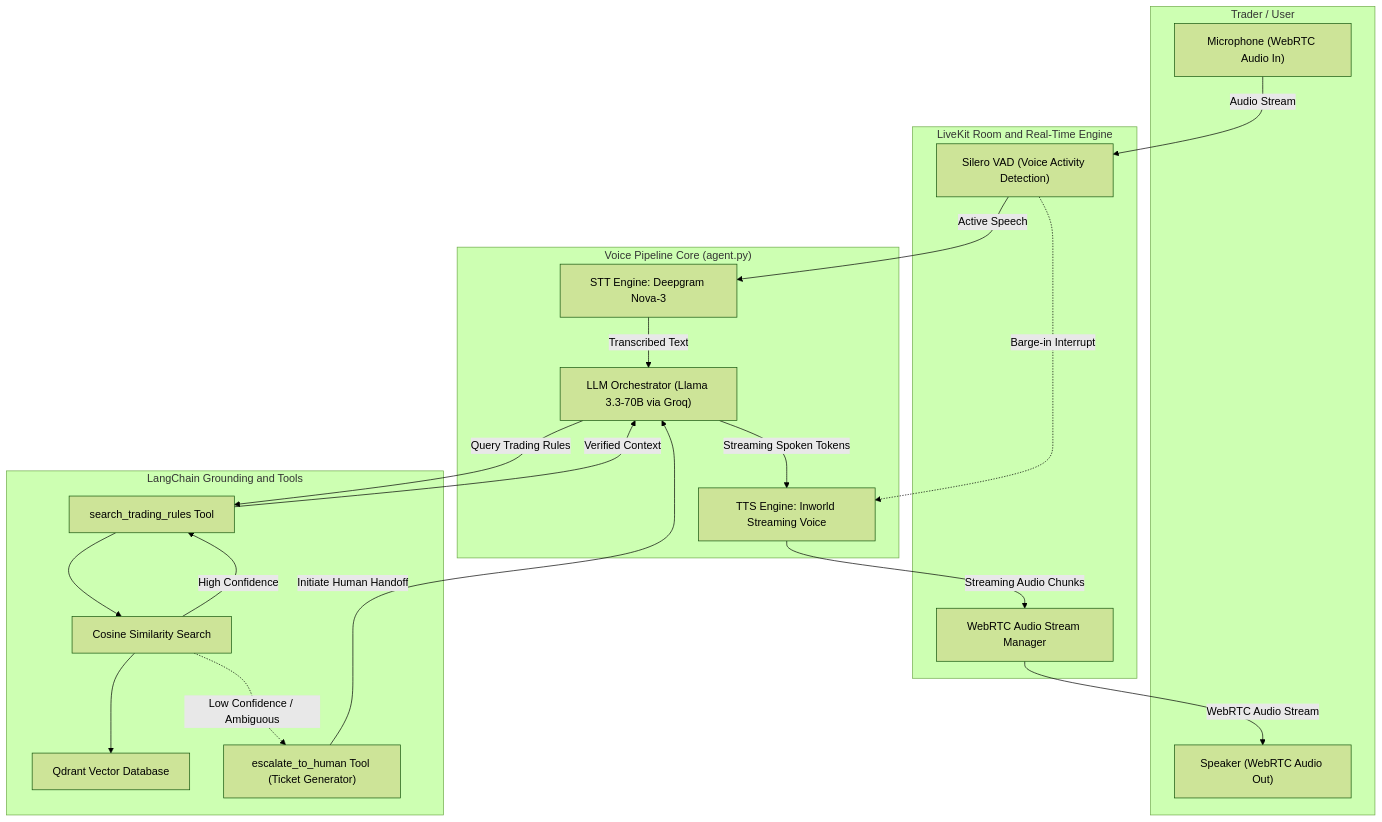
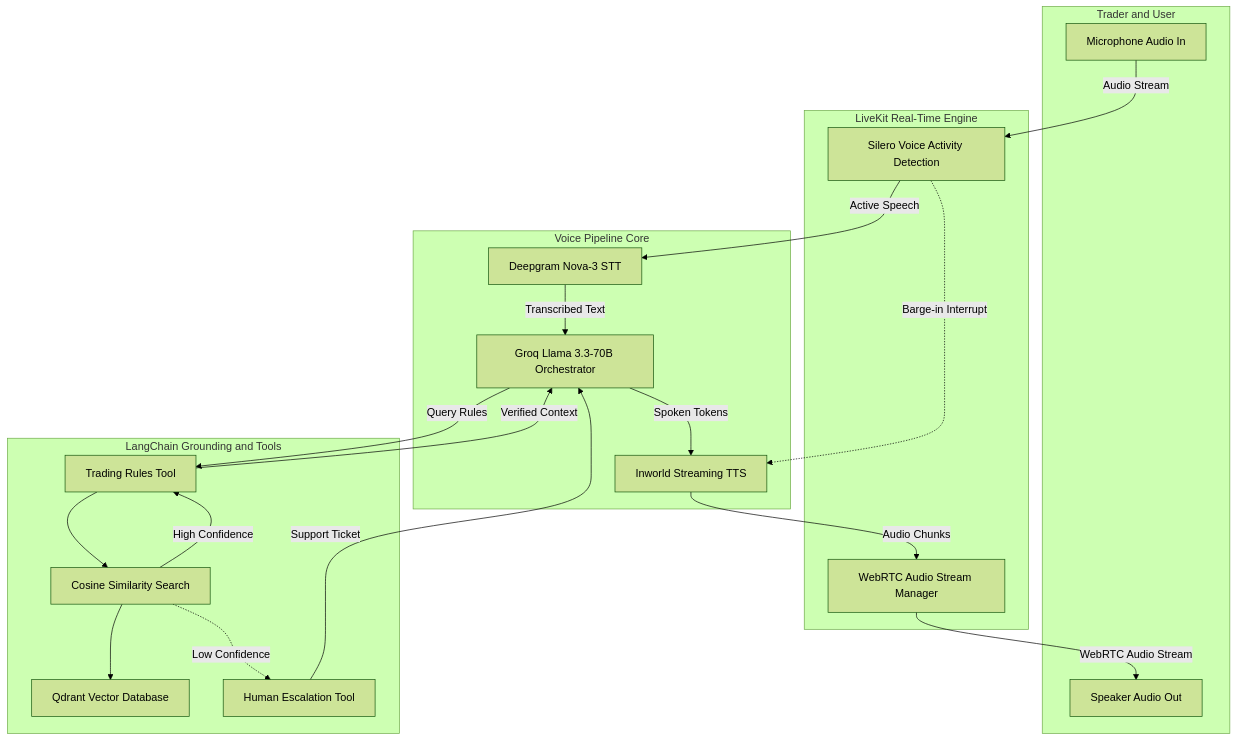
The diagram in README.md (farazahmad-ai/axiom-trading-voice-agent), drawn with Mermaid (forest theme) before and after one commit.

Commit message:
fix(docs): use universal alphanumeric syntax for GitHub Mermaid parser

````diff
--- a/README.md
+++ b/README.md
@@ -11,43 +11,43 @@
 ```mermaid
 flowchart TD
-    subgraph Client["Trader / User"]
-        Mic["Microphone (WebRTC Audio In)"]
-        Speaker["Speaker (WebRTC Audio Out)"]
+    subgraph Client [Trader and User]
+        Mic[Microphone Audio In]
+        Speaker[Speaker Audio Out]
     end
 
-    subgraph LiveKit["LiveKit Room and Real-Time Engine"]
-        VAD["Silero VAD (Voice Activity Detection)"]
-        AudioBuffer["WebRTC Audio Stream Manager"]
+    subgraph LiveKit [LiveKit Real-Time Engine]
+        VAD[Silero Voice Activity Detection]
+        AudioBuffer[WebRTC Audio Stream Manager]
     end
 
-    subgraph Pipeline["Voice Pipeline Core (agent.py)"]
-        STT["STT Engine: Deepgram Nova-3"]
-        AgentCore["LLM Orchestrator (Llama 3.3-70B via Groq)"]
-        TTS["TTS Engine: Inworld Streaming Voice"]
+    subgraph Pipeline [Voice Pipeline Core]
+        STT[Deepgram Nova-3 STT]
+        AgentCore[Groq Llama 3.3-70B Orchestrator]
+        TTS[Inworld Streaming TTS]
     end
 
-    subgraph Knowledge["LangChain Grounding and Tools"]
-        KBTool["search_trading_rules Tool"]
-        Retriever["Cosine Similarity Search"]
-        Qdrant["Qdrant Vector Database"]
-        EscalationTool["escalate_to_human Tool (Ticket Generator)"]
+    subgraph Knowledge [LangChain Grounding and Tools]
+        KBTool[Trading Rules Tool]
+        Retriever[Cosine Similarity Search]
+        Qdrant[Qdrant Vector Database]
+        EscalationTool[Human Escalation Tool]
     end
 
     Mic -->|Audio Stream| VAD
     VAD -->|Active Speech| STT
     VAD -.->|Barge-in Interrupt| TTS
     STT -->|Transcribed Text| AgentCore
 
-    AgentCore -->|Query Trading Rules| KBTool
+    AgentCore -->|Query Rules| KBTool
     KBTool --> Retriever
     Retriever --> Qdrant
     Retriever -->|High Confidence| KBTool
     KBTool -->|Verified Context| AgentCore
 
-    Retriever -.->|Low Confidence / Ambiguous| EscalationTool
-    EscalationTool -->|Initiate Human Handoff| AgentCore
+    Retriever -.->|Low Confidence| EscalationTool
+    EscalationTool -->|Support Ticket| AgentCore
 
-    AgentCore -->|Streaming Spoken Tokens| TTS
-    TTS -->|Streaming Audio Chunks| AudioBuffer
+    AgentCore -->|Spoken Tokens| TTS
+    TTS -->|Audio Chunks| AudioBuffer
     AudioBuffer -->|WebRTC Audio Stream| Speaker
 ```
````
